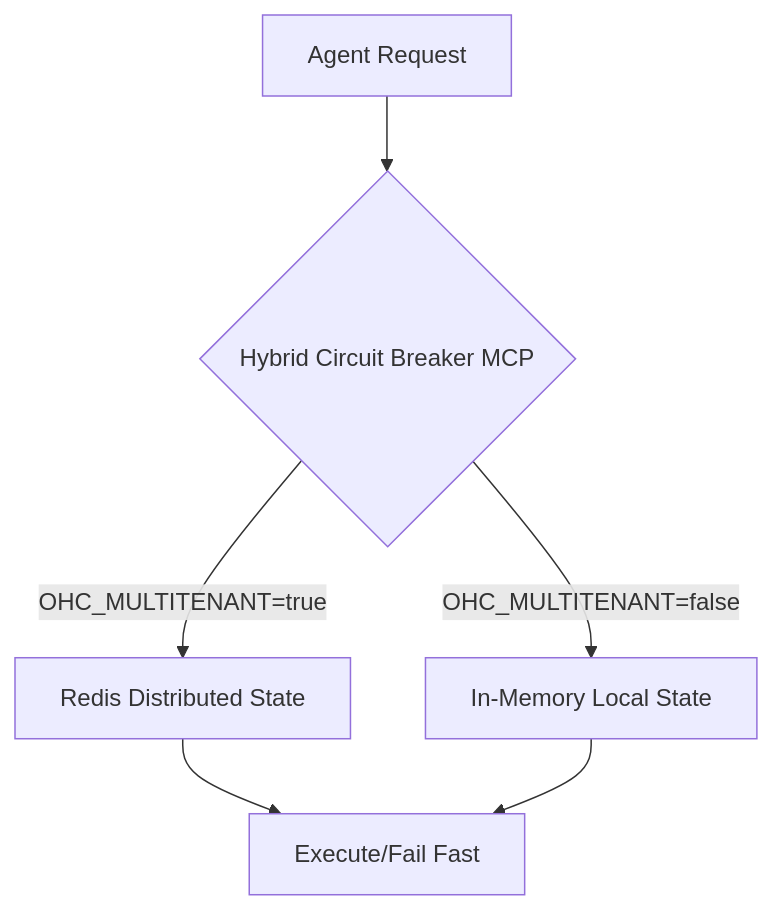
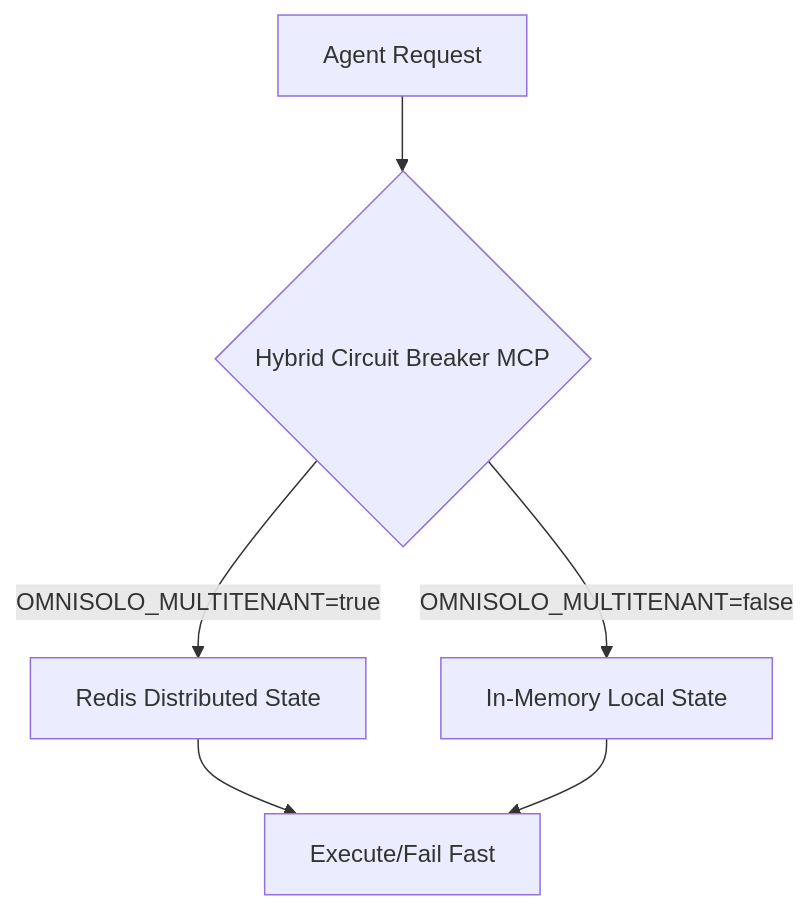
Before and after one commit to omnisolo-llc/onehumancorp: the diagram in docs/technical/research/[integrations]_hybrid_circuit_breaker_mcp.md, drawn with Mermaid. The commit also changed other lines of this file and 2191 other files, not shown here.

````diff
--- a/docs/technical/research/[integrations]_hybrid_circuit_breaker_mcp.md
+++ b/docs/technical/research/[integrations]_hybrid_circuit_breaker_mcp.md
@@ -21,8 +21,8 @@
 ```mermaid
 graph TD
     A[Agent Request] --> B{Hybrid Circuit Breaker MCP}
-    B -->|OHC_MULTITENANT=true| C[Redis Distributed State]
-    B -->|OHC_MULTITENANT=false| D[In-Memory Local State]
+    B -->|OMNISOLO_MULTITENANT=true| C[Redis Distributed State]
+    B -->|OMNISOLO_MULTITENANT=false| D[In-Memory Local State]
     C --> E[Execute/Fail Fast]
     D --> E[Execute/Fail Fast]
 ```
````
